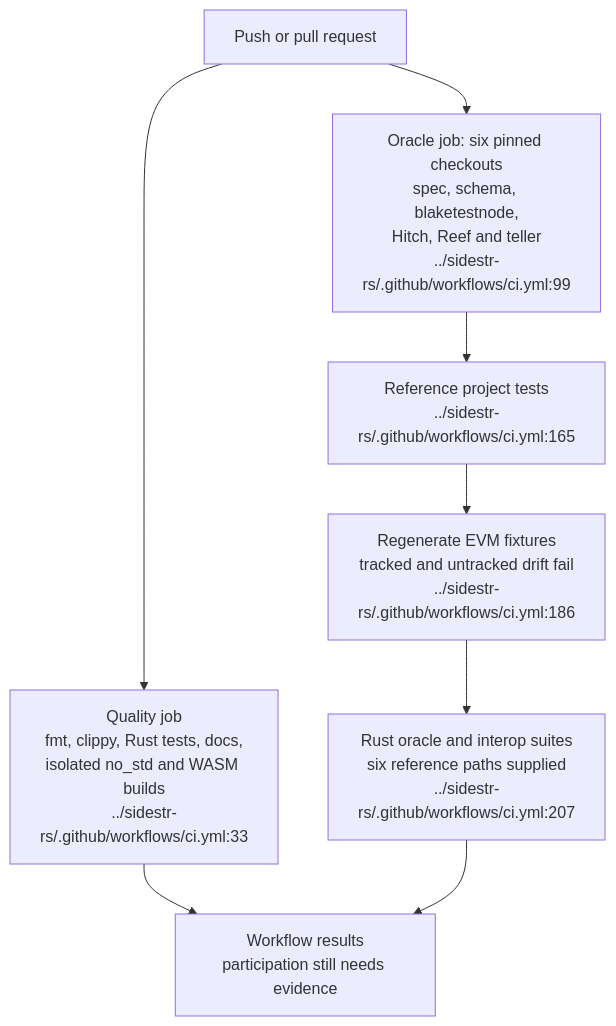
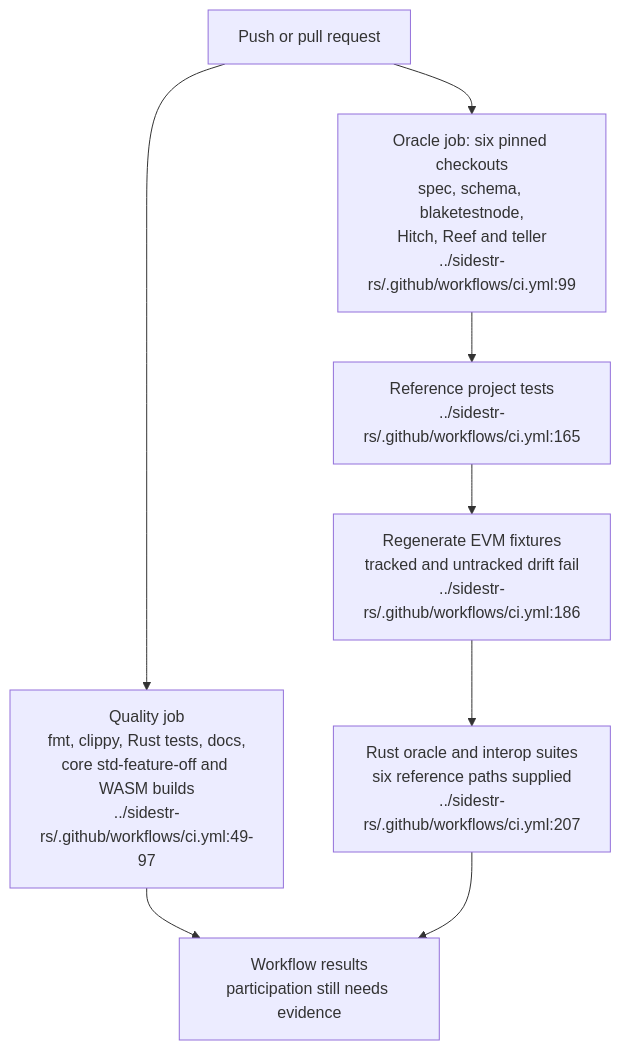
One commit to DreamLab-AI/VisionFlow changed the second of 4 diagrams in docs/diagrams/sidestr-rs/01-workspace-oracles-and-live-boundary.md. Above: the diagram before and after it, drawn with Mermaid. The commit also changed other lines of this file and 36 other files, not shown here.

````diff
--- a/docs/diagrams/sidestr-rs/01-workspace-oracles-and-live-boundary.md
+++ b/docs/diagrams/sidestr-rs/01-workspace-oracles-and-live-boundary.md
@@ -80,12 +87,12 @@
 ```mermaid
 flowchart TB
     START["Push or pull request"] --> Q
     START --> P
-    Q["Quality job<br/>fmt, clippy, Rust tests, docs,<br/>isolated no_std and WASM builds<br/>../sidestr-rs/.github/workflows/ci.yml:33"]
+    Q["Quality job<br/>fmt, clippy, Rust tests, docs,<br/>core std-feature-off and WASM builds<br/>../sidestr-rs/.github/workflows/ci.yml:49-97"]
     P["Oracle job: six pinned checkouts<br/>spec, schema, blaketestnode,<br/>Hitch, Reef and teller<br/>../sidestr-rs/.github/workflows/ci.yml:99"]
     P --> RT["Reference project tests<br/>../sidestr-rs/.github/workflows/ci.yml:165"]
     RT --> FX["Regenerate EVM fixtures<br/>tracked and untracked drift fail<br/>../sidestr-rs/.github/workflows/ci.yml:186"]
     FX --> O["Rust oracle and interop suites<br/>six reference paths supplied<br/>../sidestr-rs/.github/workflows/ci.yml:207"]
     Q --> RESULT["Workflow results<br/>participation still needs evidence"]
     O --> RESULT
 ```
````
